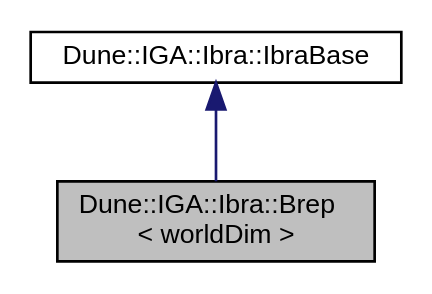
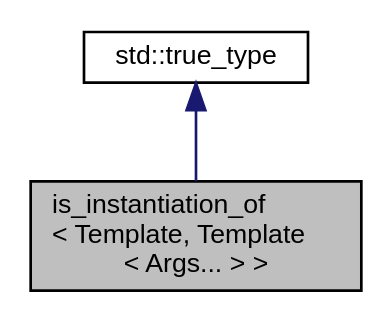
Before and after one commit to rath3t/dune-iga-doc: the diagram in d2/d22/a01171.dot, drawn with Graphviz. The commit also changed 602 other files, not shown here.

Commit message:
deploy: rath3t/dune-iga@3f461609d07011847b1941b60779c1555a309028

```diff
--- a/d2/d22/a01171.dot
+++ b/d2/d22/a01171.dot
@@ -1,9 +1,9 @@
-digraph "Dune::IGA::Ibra::Brep&lt; worldDim &gt;"
+digraph "is_instantiation_of&lt; Template, Template&lt; Args... &gt; &gt;"
 {
  // LATEX_PDF_SIZE
   edge [fontname="Helvetica",fontsize="10",labelfontname="Helvetica",labelfontsize="10"];
   node [fontname="Helvetica",fontsize="10",shape=record];
-  Node1 [label="Dune::IGA::Ibra::Brep\l\< worldDim \>",height=0.2,width=0.4,color="black", fillcolor="grey75", style="filled", fontcolor="black",tooltip=" "];
+  Node1 [label="is_instantiation_of\l\< Template, Template\l\< Args... \> \>",height=0.2,width=0.4,color="black", fillcolor="grey75", style="filled", fontcolor="black",tooltip=" "];
   Node2 -> Node1 [dir="back",color="midnightblue",fontsize="10",style="solid",fontname="Helvetica"];
-  Node2 [label="Dune::IGA::Ibra::IbraBase",height=0.2,width=0.4,color="black", fillcolor="white", style="filled",URL="$db/d51/a01144.html",tooltip=" "];
+  Node2 [label="std::true_type",height=0.2,width=0.4,color="black", fillcolor="white", style="filled",tooltip=" "];
 }
```
